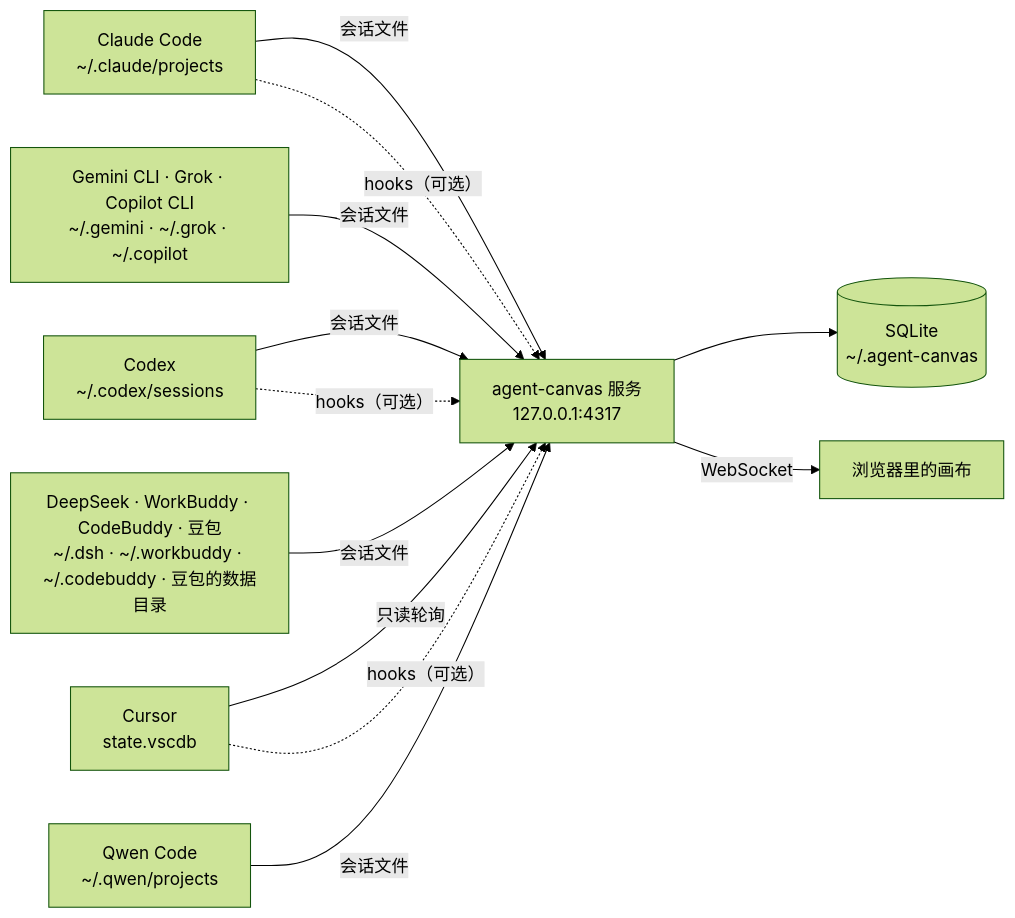
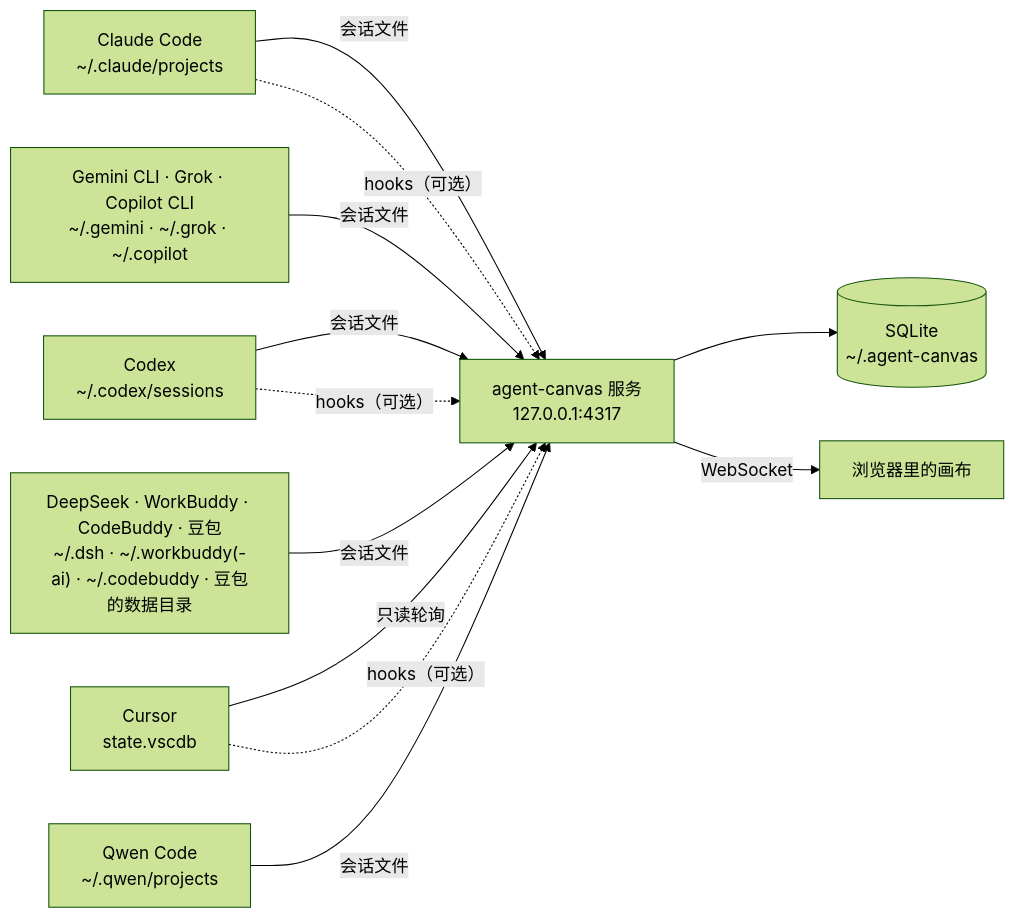
The diagram in README.md (qtxsnwwb/agent-canvas), drawn with Mermaid (forest theme) before and after one commit. The commit also changed other lines of this file, not shown here.

````diff
--- a/README.md
+++ b/README.md
@@ -247,14 +257,14 @@
 ```mermaid
 flowchart LR
   A["Claude Code<br/>~/.claude/projects"] -->|会话文件| S
   B["Codex<br/>~/.codex/sessions"] -->|会话文件| S
   C["Cursor<br/>state.vscdb"] -->|只读轮询| S
   G["Gemini CLI · Grok · Copilot CLI<br/>~/.gemini · ~/.grok · ~/.copilot"] -->|会话文件| S
-  N["DeepSeek · WorkBuddy · CodeBuddy · 豆包<br/>~/.dsh · ~/.workbuddy · ~/.codebuddy · 豆包的数据目录"] -->|会话文件| S
+  N["DeepSeek · WorkBuddy · CodeBuddy · 豆包<br/>~/.dsh · ~/.workbuddy(-ai) · ~/.codebuddy · 豆包的数据目录"] -->|会话文件| S
   Q["Qwen Code<br/>~/.qwen/projects"] -->|会话文件| S
   A -.->|hooks（可选）| S
   B -.->|hooks（可选）| S
   C -.->|hooks（可选）| S
   S["agent-canvas 服务<br/>127.0.0.1:4317"] --> D[("SQLite<br/>~/.agent-canvas")]
   S -->|WebSocket| W["浏览器里的画布"]
 ```
````
